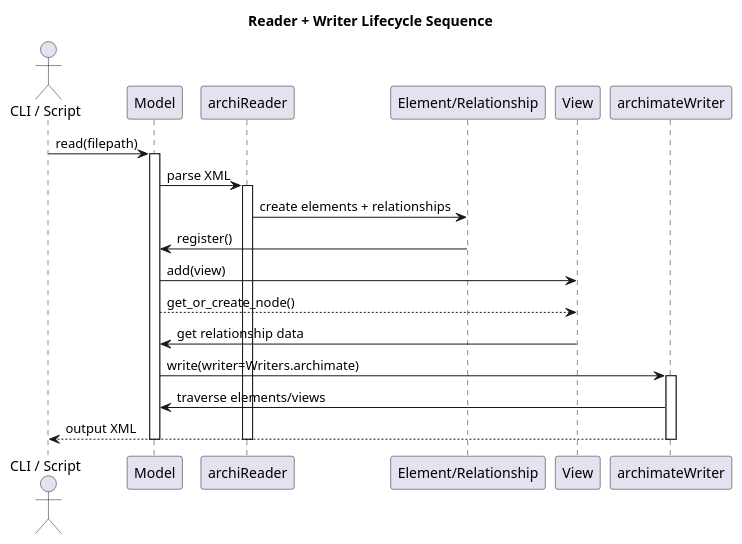
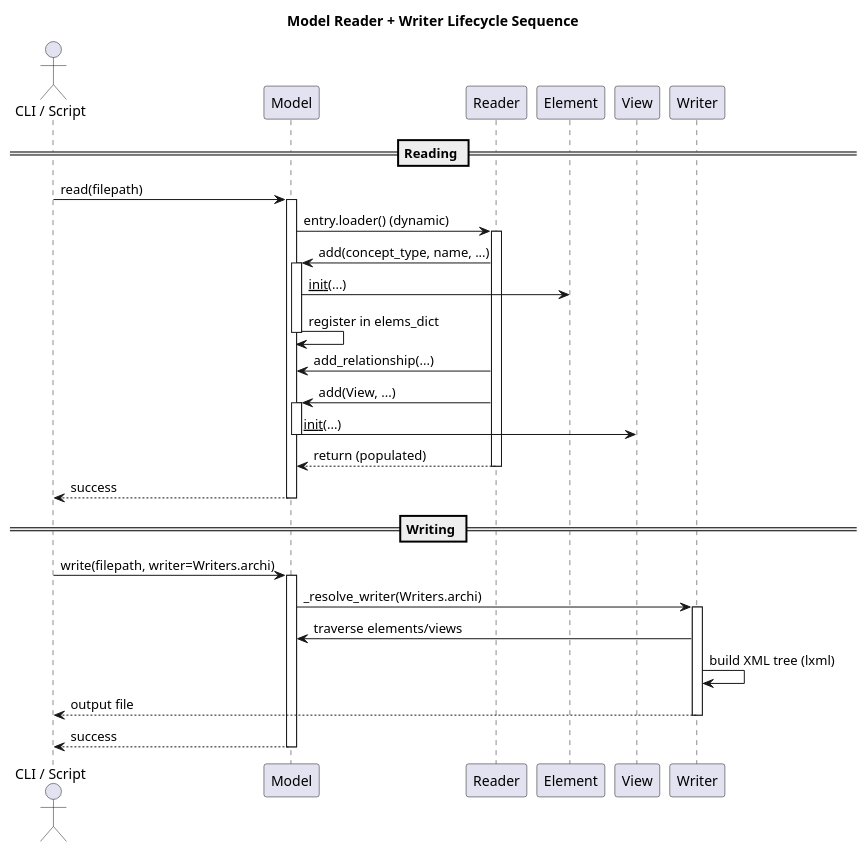
The diagram in docs/diagrams/sequence.puml (pyArchimate/pyArchimate), drawn with PlantUML before and after one commit. The commit also changed 38 other files, not shown here.

First line of the commit message:
chore: add behave stubs, fix pre-push script, and update docs/diagrams

```diff
--- a/docs/diagrams/sequence.puml
+++ b/docs/diagrams/sequence.puml
@@ -1,29 +1,45 @@
 @startuml
-title Reader + Writer Lifecycle Sequence
+title Model Reader + Writer Lifecycle Sequence
 
 actor "CLI / Script" as CLI
 participant "Model" as Model
-participant "archiReader" as Reader
-participant "Element/Relationship" as Element
+participant "Reader" as Reader
+participant "Element" as Element
 participant "View" as View
-participant "archimateWriter" as Writer
+participant "Writer" as Writer
+
+== Reading ==
 
 CLI -> Model : read(filepath)
 activate Model
-Model -> Reader : parse XML
-activate Reader
-Reader -> Element : create elements + relationships
-Element -> Model : register()
-Model -> View : add(view)
-Model --> View : get_or_create_node()
-View -> Model : get relationship data
-Model -> Writer : write(writer=Writers.archimate)
-activate Writer
-Writer -> Model : traverse elements/views
-Writer --> CLI : output XML
+  Model -> Reader : entry.loader() (dynamic)
+  activate Reader
+  Reader -> Model : add(concept_type, name, ...)
+  activate Model
+    Model -> Element : __init__(...)
+    Model -> Model : register in elems_dict
+  deactivate Model
+  Reader -> Model : add_relationship(...)
+  Reader -> Model : add(View, ...)
+  activate Model
+    Model -> View : __init__(...)
+  deactivate Model
+  Reader --> Model : return (populated)
+  deactivate Reader
+Model --> CLI : success
+deactivate Model
 
-deactivate Writer
-deactivate Reader
+== Writing ==
+
+CLI -> Model : write(filepath, writer=Writers.archi)
+activate Model
+  Model -> Writer : _resolve_writer(Writers.archi)
+  activate Writer
+  Writer -> Model : traverse elements/views
+  Writer -> Writer : build XML tree (lxml)
+  Writer --> CLI : output file
+  deactivate Writer
+Model --> CLI : success
 deactivate Model
 
 @enduml
```
